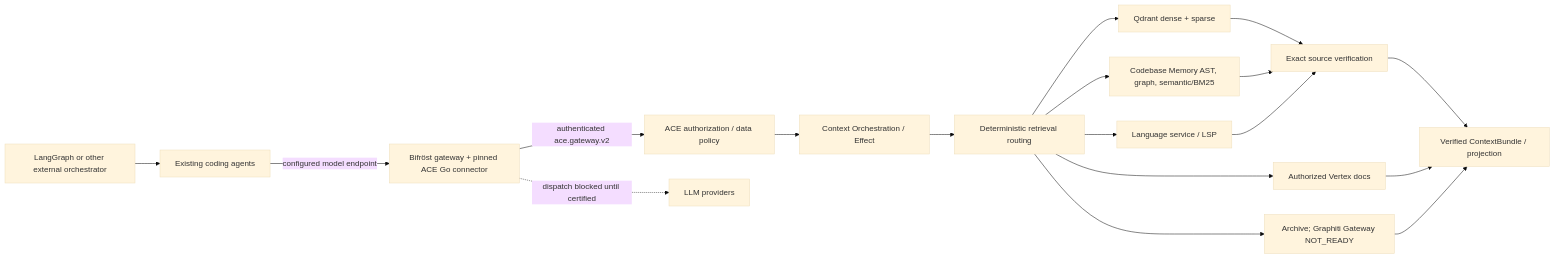
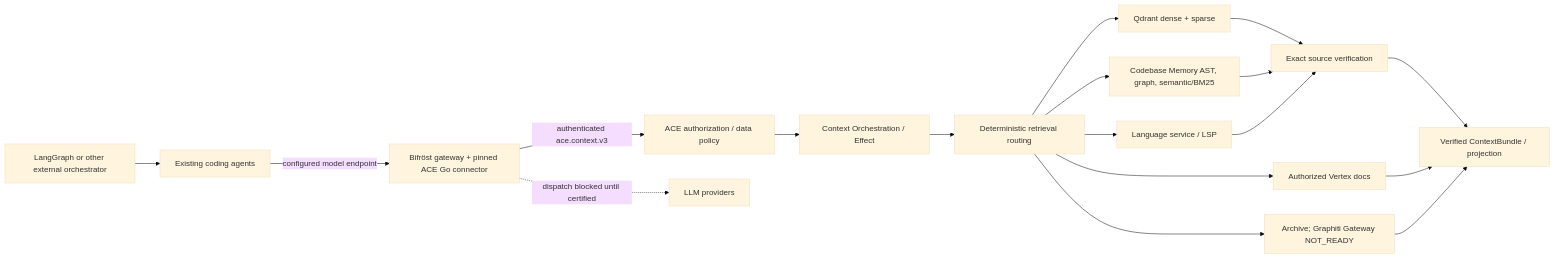
The diagram in docs/docs/architecture/07-architecture-fitness-contracts.md (chris-madsen/Hybrid-RAG), drawn with Mermaid (base theme) before and after one commit. The commit also changed other lines of this file and 6 other files, not shown here.

Commit message:
docs(architecture): replace ACE Gateway diagrams with Bifröst hooks plus context RPC

````diff
--- a/docs/docs/architecture/07-architecture-fitness-contracts.md
+++ b/docs/docs/architecture/07-architecture-fitness-contracts.md
@@ -13,20 +13,20 @@
 ```mermaid
 flowchart LR
   LG["LangGraph or other external orchestrator"] --> A["Existing coding agents"]
   A -->|"configured model endpoint"| B["Bifröst gateway + pinned ACE Go connector"]
-  B -->|"authenticated ace.gateway.v2"| Gate["ACE authorization / data policy"]
+  B -->|"authenticated ace.context.v3"| Gate["ACE authorization / data policy"]
   B -.->|"dispatch blocked until certified"| P["LLM providers"]
   Gate --> O["Context Orchestration / Effect"]
   O --> Plan["Deterministic retrieval routing"]
   Plan --> Q["Qdrant dense + sparse"]
   Plan --> AST["Codebase Memory AST, graph, semantic/BM25"]
   Plan --> LS["Language service / LSP"]
   Plan --> Docs["Authorized Vertex docs"]
   Plan --> Mem["Archive; Graphiti Gateway NOT_READY"]
   Q --> V["Exact source verification"]
   AST --> V
   LS --> V
   V --> Bundle["Verified ContextBundle / projection"]
   Docs --> Bundle
   Mem --> Bundle
 ```
````
